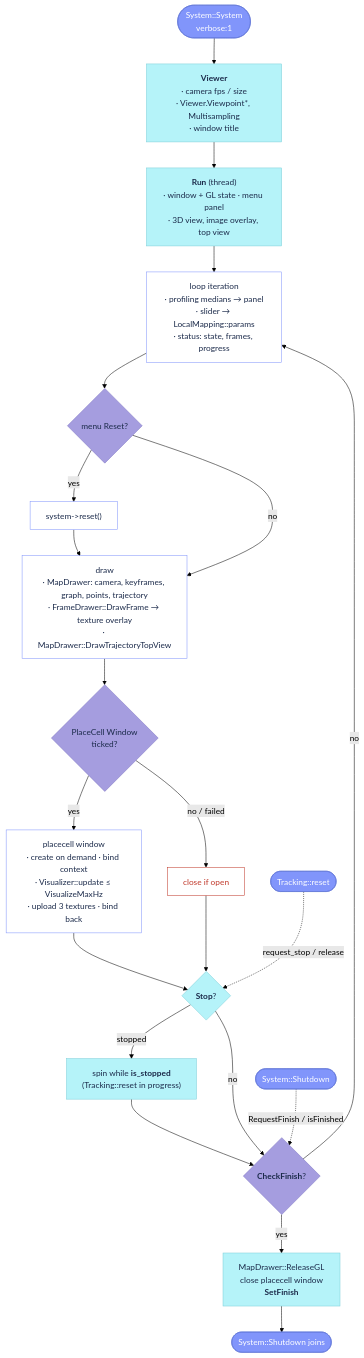
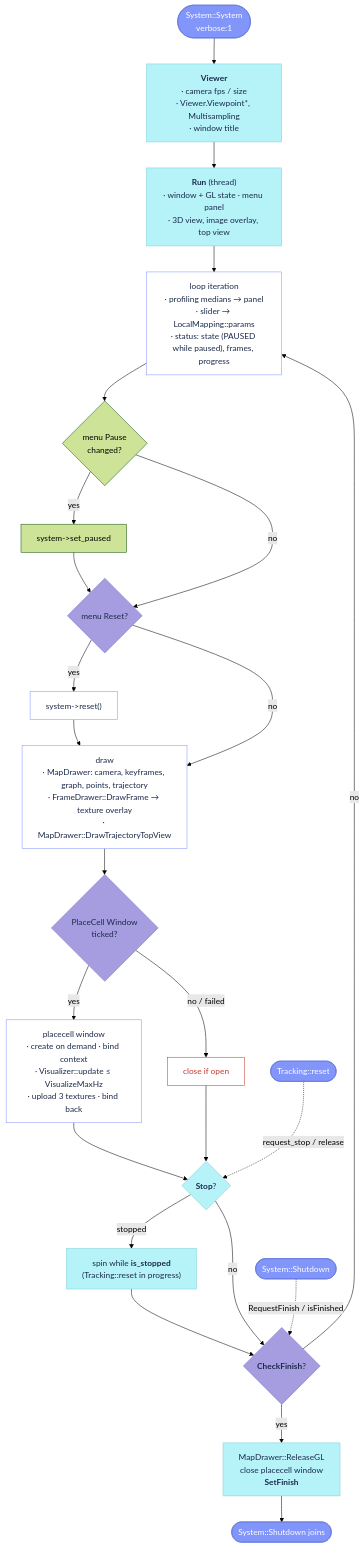
One commit to alejandrofontan/AllFeature-VSLAM changed the diagram in docs/reference/Viewer.md. Above: the diagram before and after it, drawn with Mermaid (forest theme). The commit also changed other lines of this file and 13 other files, not shown here.

First line of the commit message:
Viewer: Pause toggle (System::set_paused gate, relocalization on resume)

````diff
--- a/docs/reference/Viewer.md
+++ b/docs/reference/Viewer.md
@@ -24,45 +24,46 @@
 ```mermaid
 flowchart TD
     SYS(["System::System<br/>verbose:1"]) --> CTOR["<b>Viewer</b><br/>· camera fps / size<br/>· Viewer.Viewpoint*, Multisampling<br/>· window title"] --> RUN["<b>Run</b> (thread)<br/>· window + GL state · menu panel<br/>· 3D view, image overlay, top view"]
-    RUN --> LOOP["loop iteration<br/>· profiling medians → panel<br/>· slider → LocalMapping::params<br/>· status: state, frames, progress"]
-    LOOP --> RESET{menu Reset?}
+    RUN --> LOOP["loop iteration<br/>· profiling medians → panel<br/>· slider → LocalMapping::params<br/>· status: state (PAUSED while paused), frames, progress"]
+    LOOP --> PAUSE{menu Pause<br/>changed?} -- yes --> SP["system->set_paused"] --> RESET
+    PAUSE -- no --> RESET{menu Reset?}
     RESET -- yes --> SR["system->reset()"] --> DRAW
     RESET -- no --> DRAW["draw<br/>· MapDrawer: camera, keyframes, graph, points, trajectory<br/>· FrameDrawer::DrawFrame → texture overlay<br/>· MapDrawer::DrawTrajectoryTopView"]
     DRAW --> PC{PlaceCell Window<br/>ticked?}
     PC -- yes --> PCW["placecell window<br/>· create on demand · bind context<br/>· Visualizer::update ≤ VisualizeMaxHz<br/>· upload 3 textures · bind back"]
     PC -- no / failed --> PCC["close if open"]
     PCW --> STOP
     PCC --> STOP{<b>Stop</b>?}
     STOP -- stopped --> SPIN["spin while <b>is_stopped</b><br/>(Tracking::reset in progress)"] --> FIN
     STOP -- no --> FIN{<b>CheckFinish</b>?}
     FIN -- no --> LOOP
     FIN -- yes --> EXIT["MapDrawer::ReleaseGL<br/>close placecell window<br/><b>SetFinish</b>"] --> DONE(["System::Shutdown joins"])
 
     TR(["Tracking::reset"]) -. request_stop / release .-> STOP
     SD(["System::Shutdown"]) -. RequestFinish / isFinished .-> FIN
 
     click CTOR "#viewer"
     click RUN "#run"
     click LOOP "#run"
     click DRAW "#run"
     click PCW "#run"
     click STOP "#stop"
     click SPIN "#is_stopped"
     click FIN "#checkfinish"
     click EXIT "#setfinish"
     click TR "#request_stop"
     click SD "#requestfinish"
 
     %% VSLAM-LAB logo squares: cyan #b5f3f9, periwinkle #8195fb, lavender #a59ddf
     classDef entry fill:#8195fb,stroke:#5f74d6,color:#fff
     classDef step fill:#b5f3f9,stroke:#7fcfd8,color:#1b2a4a
     classDef check fill:#a59ddf,stroke:#7e75c4,color:#1b2a4a
     classDef cmd fill:#fff,stroke:#8195fb,color:#1b2a4a
     classDef stop fill:#fff,stroke:#c0392b,color:#c0392b
 
     class SYS,DONE,TR,SD entry
     class CTOR,RUN,STOP,SPIN,EXIT step
     class RESET,PC,FIN check
     class LOOP,DRAW,PCW,SR cmd
     class PCC stop
 ```
````
